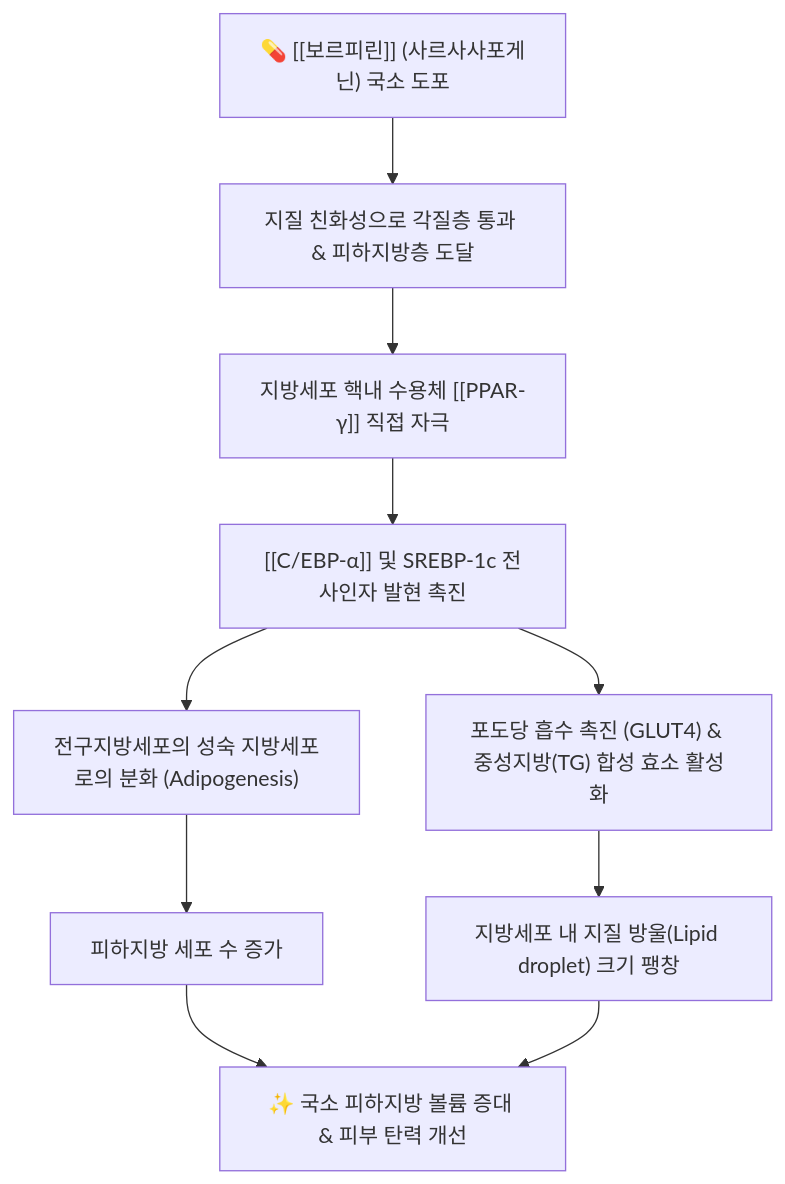
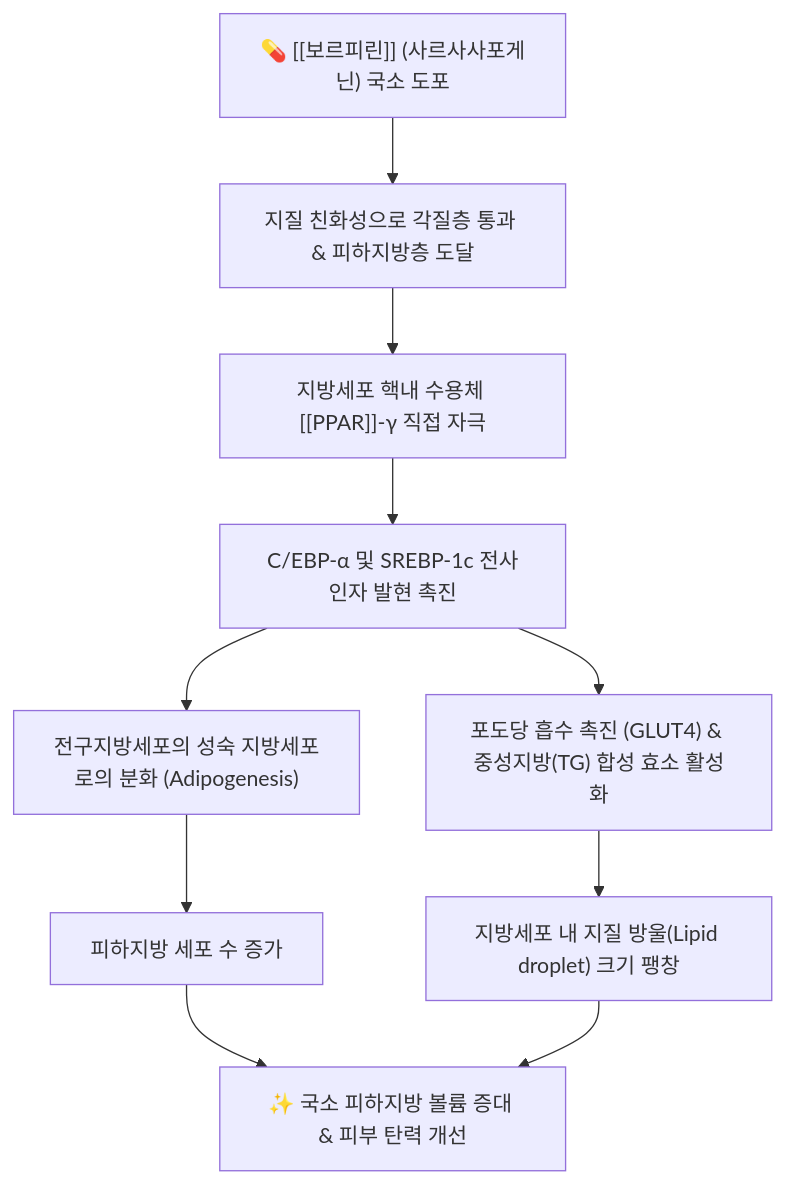
The diagram in content/2. 약리 공부/약리성분/보르피린.md (simbio11/simbio-digital-garden2), drawn with Mermaid before and after one commit. The commit also changed other lines of this file and 958 other files, not shown here.

````diff
--- a/content/2. 약리 공부/약리성분/보르피린.md
+++ b/content/2. 약리 공부/약리성분/보르피린.md
@@ -44,15 +81,15 @@
 ```mermaid
 graph TD
     Volu["💊 [[보르피린]] (사르사사포게닌) 국소 도포"] --> Permeate["지질 친화성으로 각질층 통과 & 피하지방층 도달"]
     
-    Permeate --> PPAR["지방세포 핵내 수용체 [[PPAR-γ]] 직접 자극"]
-    PPAR --> Cascade["[[C/EBP-α]] 및 SREBP-1c 전사인자 발현 촉진"]
+    Permeate --> PPAR["지방세포 핵내 수용체 [[PPAR]]-γ 직접 자극"]
+    PPAR --> Cascade["C/EBP-α 및 SREBP-1c 전사인자 발현 촉진"]
     
     Cascade --> AdipoDiff["전구지방세포의 성숙 지방세포로의 분화 (Adipogenesis)"]
     Cascade --> LipidStore["포도당 흡수 촉진 (GLUT4) & 중성지방(TG) 합성 효소 활성화"]
 
     AdipoDiff --> CellCount["피하지방 세포 수 증가"]
     LipidStore --> CellSize["지방세포 내 지질 방울(Lipid droplet) 크기 팽창"]
 
     CellCount & CellSize --> VolumeUp["✨ 국소 피하지방 볼륨 증대 & 피부 탄력 개선"]
 ```
````
